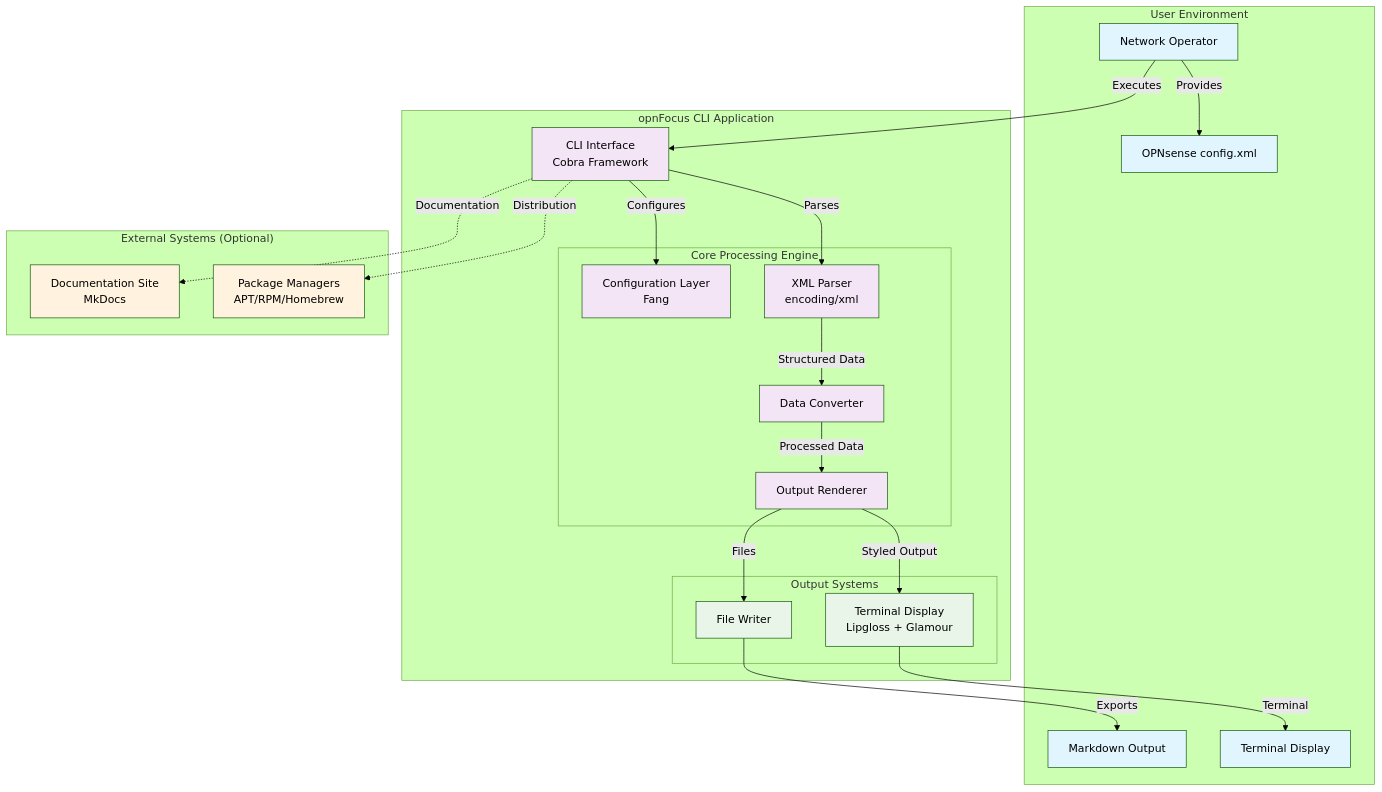
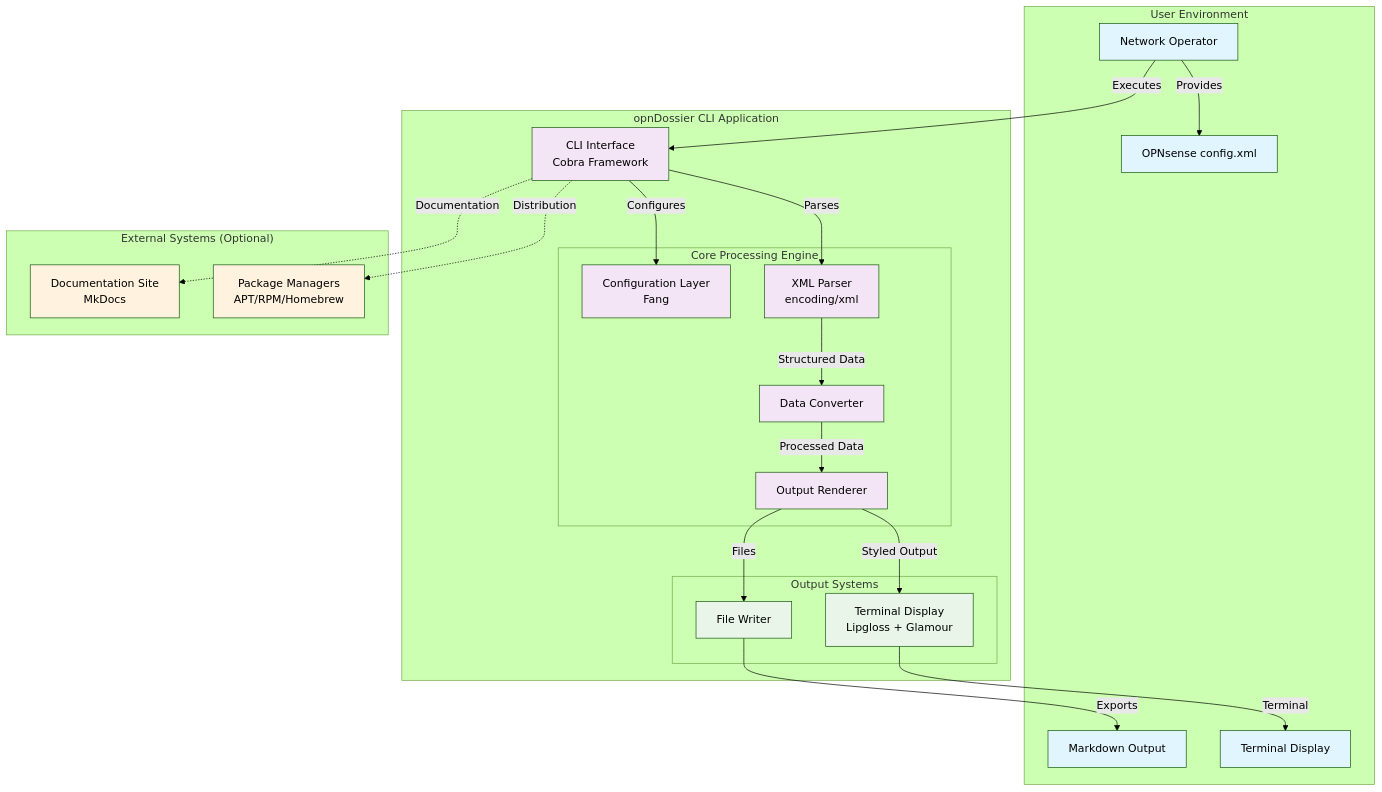
Before and after one commit to EvilBit-Labs/opnDossier: the first of 6 diagrams in docs/dev-guide/architecture.md, drawn with Mermaid (forest theme). The commit also changed other lines of this file and 24 other files, not shown here.

First line of the commit message:
chore: update documentation and configuration for opnDossier

````diff
--- a/docs/dev-guide/architecture.md
+++ b/docs/dev-guide/architecture.md
@@ -21,54 +21,54 @@
 ```mermaid
 graph TB
     subgraph "User Environment"
         U[Network Operator]
         XML[OPNsense config.xml]
         MD[Markdown Output]
         TERM[Terminal Display]
     end
 
-    subgraph "opnFocus CLI Application"
+    subgraph "opnDossier CLI Application"
         CLI[CLI Interface<br/>Cobra Framework]
 
         subgraph "Core Processing Engine"
             CFG[Configuration Layer<br/>Fang]
             PARSER[XML Parser<br/>encoding/xml]
             CONV[Data Converter]
             RENDER[Output Renderer]
         end
 
         subgraph "Output Systems"
             DISP[Terminal Display<br/>Lipgloss + Glamour]
             FILE[File Writer]
         end
     end
 
     subgraph "External Systems (Optional)"
         DOCS[Documentation Site<br/>MkDocs]
         PKG[Package Managers<br/>APT/RPM/Homebrew]
     end
 
     U -->|Provides| XML
     U -->|Executes| CLI
     CLI -->|Configures| CFG
     CLI -->|Parses| PARSER
     PARSER -->|Structured Data| CONV
     CONV -->|Processed Data| RENDER
     RENDER -->|Styled Output| DISP
     RENDER -->|Files| FILE
     DISP -->|Terminal| TERM
     FILE -->|Exports| MD
 
     CLI -.->|Documentation| DOCS
     CLI -.->|Distribution| PKG
 
     classDef userLayer fill:#e1f5fe
     classDef coreLayer fill:#f3e5f5
     classDef outputLayer fill:#e8f5e8
     classDef externalLayer fill:#fff3e0
 
     class U,XML,MD,TERM userLayer
     class CLI,CFG,PARSER,CONV,RENDER coreLayer
     class DISP,FILE outputLayer
     class DOCS,PKG externalLayer
 ```
````
